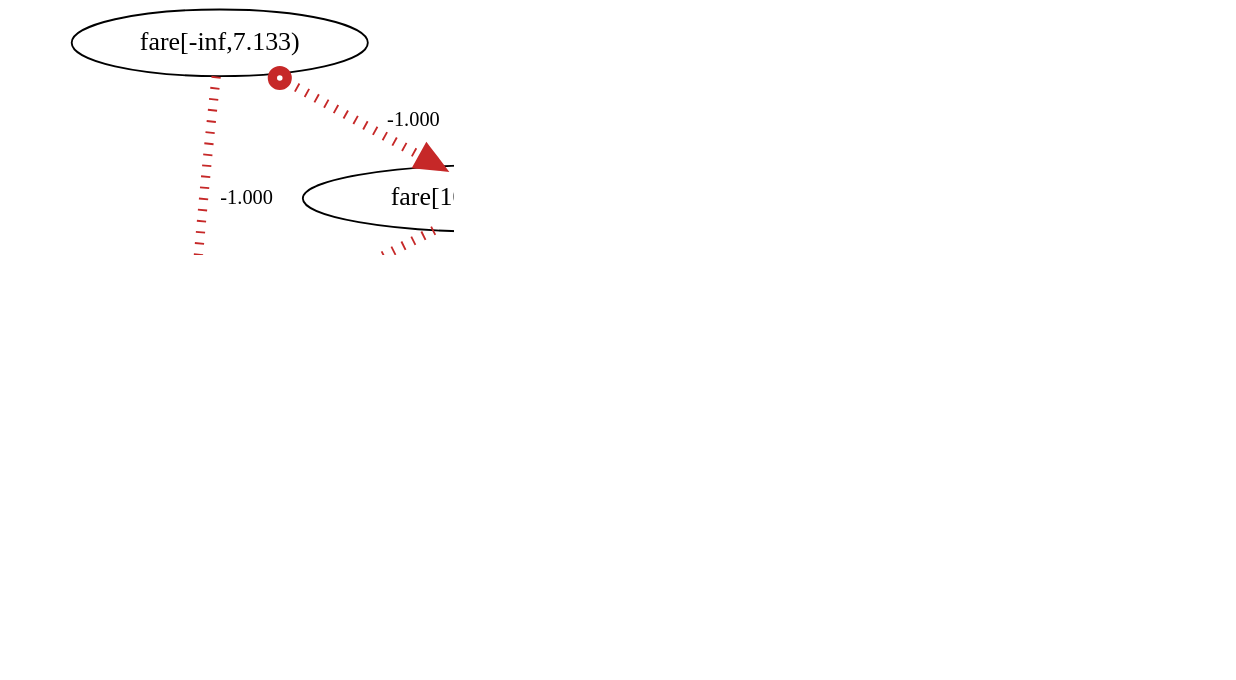
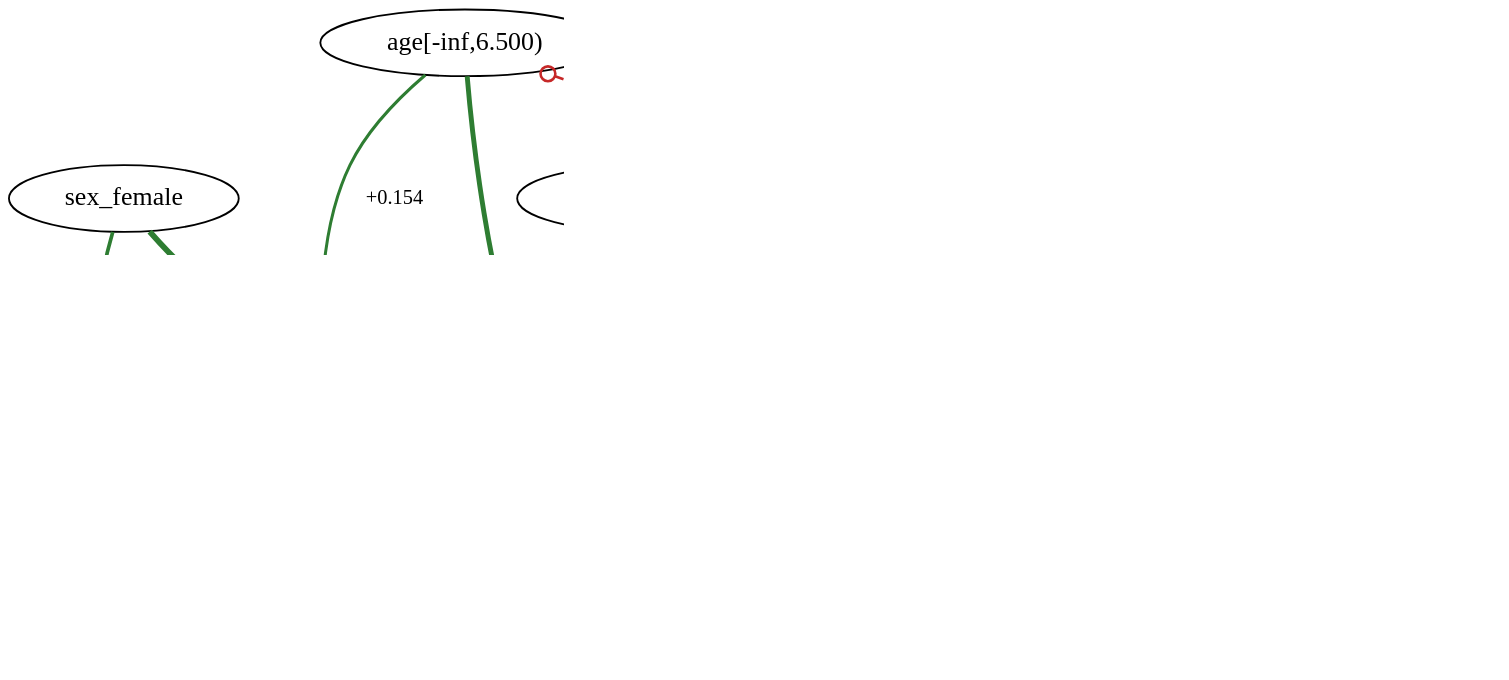
The diagram in causal_argumentation-main/outputs_titanic/fci_experiment/discovery_fci_droplast_weighted.dot (AKANEMO22/MedTCAX-Causal-Argumentative-Explainability), drawn with Graphviz before and after one commit. The commit also changed 28 other files, not shown here.

```diff
--- a/causal_argumentation-main/outputs_titanic/fci_experiment/discovery_fci_droplast_weighted.dot
+++ b/causal_argumentation-main/outputs_titanic/fci_experiment/discovery_fci_droplast_weighted.dot
@@ -1,33 +1,33 @@
 digraph {
 fontsize=18;
 dpi=200;
 0 [label="age[-inf,6.500)"];
 1 [label="fare[-inf,7.133)"];
 2 [label="fare[10.481,74.375)"];
 3 [label="fare[7.133,10.481)"];
 4 [label=sibsp];
 5 [label=parch];
 6 [label="pclass_1"];
 7 [label="pclass_2"];
 8 [label="sex_female"];
 9 [label="embarked_C"];
 10 [label="embarked_Q"];
 11 [label=survived];
-0 -> 5 [dir=both, arrowtail=normal, arrowhead=normal, label=" +0.409 ", fontsize=11, color="#2e7d32", penwidth=2.6369918056082815];
-0 -> 6 [dir=both, arrowtail=normal, arrowhead=normal, label=" -0.098 ", fontsize=11, color="#c62828", style=dashed, penwidth=1.3933730565268683];
+0 -> 5 [dir=both, arrowtail=none, arrowhead=normal, label=" +0.409 ", fontsize=11, color="#2e7d32", penwidth=2.6369918056082815];
+0 -> 6 [dir=both, arrowtail=odot, arrowhead=normal, label=" -0.098 ", fontsize=11, color="#c62828", style=dashed, penwidth=1.3933730565268683];
 0 -> 11 [dir=both, arrowtail=none, arrowhead=normal, label=" +0.154 ", fontsize=11, color="#2e7d32", penwidth=1.6177861699496239];
 1 -> 2 [dir=both, arrowtail=odot, arrowhead=normal, label=" -1.000 ", fontsize=11, style=dotted, color="#c62828", penwidth=5.0];
 1 -> 3 [dir=both, arrowtail=none, arrowhead=normal, label=" -1.000 ", fontsize=11, style=dotted, color="#c62828", penwidth=5.0];
 2 -> 3 [dir=both, arrowtail=none, arrowhead=normal, label=" -1.000 ", fontsize=11, style=dotted, color="#c62828", penwidth=5.0];
-2 -> 7 [dir=both, arrowtail=normal, arrowhead=normal, label=" +0.466 ", fontsize=11, color="#2e7d32", penwidth=2.864432504407697];
+7 -> 2 [dir=both, arrowtail=none, arrowhead=normal, label=" +0.466 ", fontsize=11, color="#2e7d32", penwidth=2.864432504407697];
 3 -> 4 [dir=both, arrowtail=normal, arrowhead=normal, label=" -0.385 ", fontsize=11, color="#c62828", penwidth=2.54102053237382];
 3 -> 5 [dir=both, arrowtail=normal, arrowhead=normal, label=" -0.341 ", fontsize=11, color="#c62828", penwidth=2.3620449319349763];
-3 -> 6 [dir=both, arrowtail=normal, arrowhead=normal, label=" -0.400 ", fontsize=11, color="#c62828", penwidth=2.599999999999998];
+6 -> 3 [dir=both, arrowtail=none, arrowhead=normal, label=" -0.400 ", fontsize=11, color="#c62828", penwidth=2.599999999999998];
 5 -> 4 [dir=both, arrowtail=none, arrowhead=normal, label=" +0.420 ", fontsize=11, color="#2e7d32", penwidth=2.680932707475021];
-8 -> 5 [dir=both, arrowtail=odot, arrowhead=normal, label=" +0.248 ", fontsize=11, color="#2e7d32", penwidth=1.9900907139670656];
-6 -> 7 [dir=both, arrowtail=normal, arrowhead=normal, label=" -1.000 ", fontsize=11, style=dotted, color="#c62828", penwidth=5.0];
+8 -> 5 [dir=both, arrowtail=none, arrowhead=normal, label=" +0.248 ", fontsize=11, color="#2e7d32", penwidth=1.9900907139670656];
+7 -> 6 [dir=both, arrowtail=odot, arrowhead=normal, label=" -1.000 ", fontsize=11, style=dotted, color="#c62828", penwidth=5.0];
 6 -> 9 [dir=both, arrowtail=normal, arrowhead=normal, label=" +0.296 ", fontsize=11, color="#2e7d32", penwidth=2.1856907175866684];
 6 -> 11 [dir=both, arrowtail=none, arrowhead=normal, label=" +0.286 ", fontsize=11, color="#2e7d32", penwidth=2.1436150711349695];
 8 -> 11 [dir=both, arrowtail=none, arrowhead=normal, label=" +0.543 ", fontsize=11, color="#2e7d32", penwidth=3.17340552263102];
 10 -> 9 [dir=both, arrowtail=odot, arrowhead=normal, label=" -1.000 ", fontsize=11, style=dotted, color="#c62828", penwidth=5.0];
 }
```
